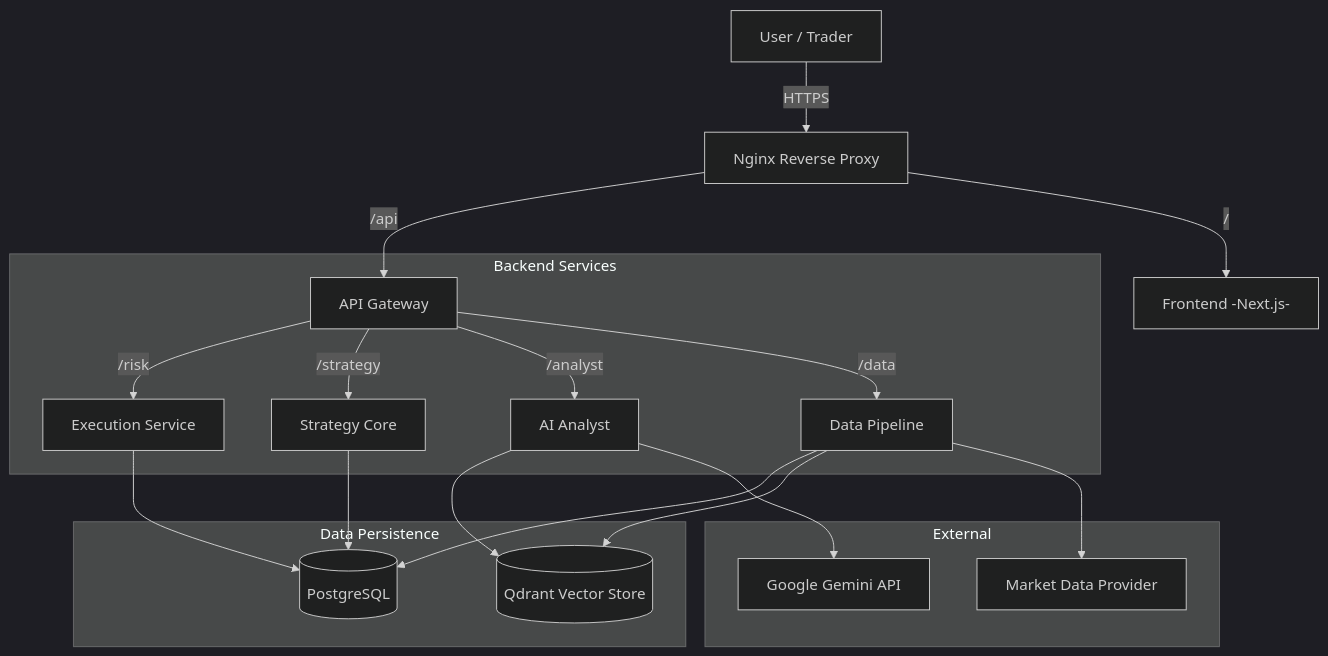
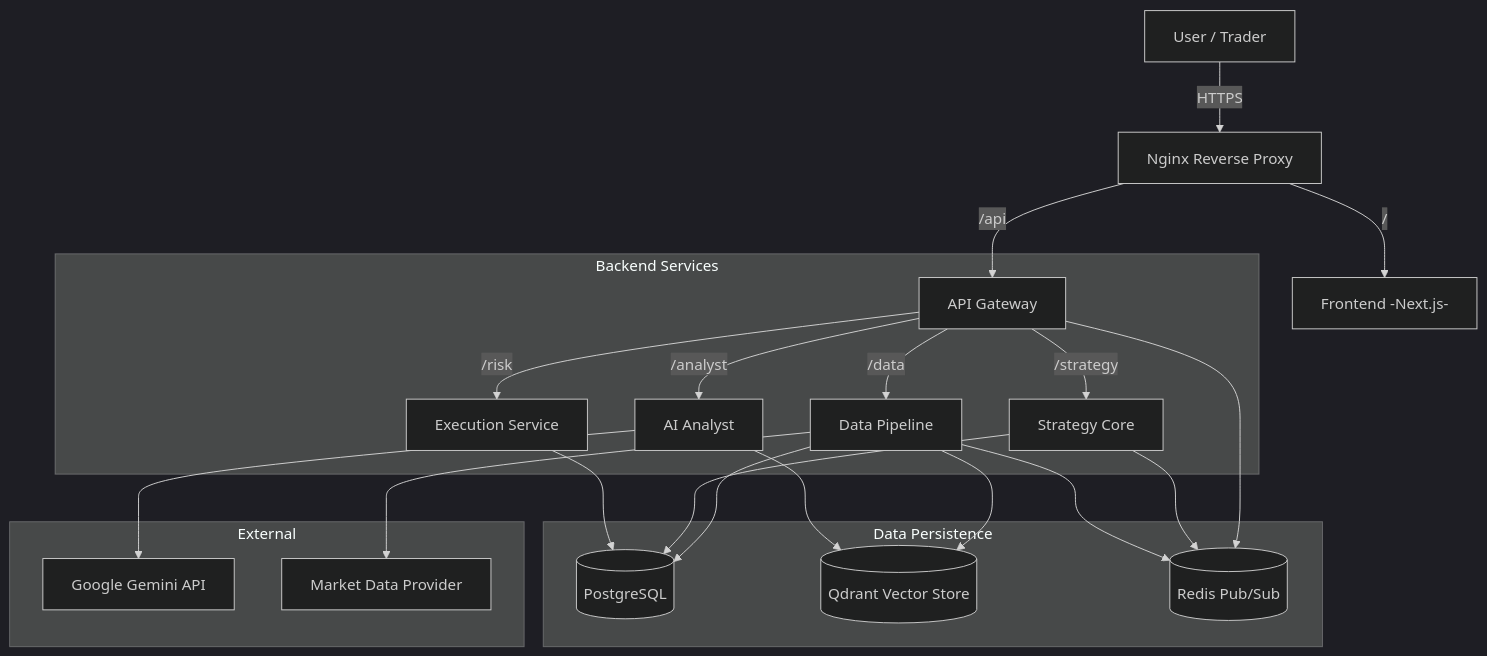
One commit to damrongsak/mtf-trading-system changed the diagram in specs/01_architecture.md. Above: the diagram before and after it, drawn with Mermaid (dark theme). The commit also changed other lines of this file and 30 other files, not shown here.

First line of the commit message:
feat: refactor streaming architecture, add dynamic market watch, and align specs

````diff
--- a/specs/01_architecture.md
+++ b/specs/01_architecture.md
@@ -9,26 +9,29 @@
 ```mermaid
 graph TD
     User[User / Trader] -->|HTTPS| Nginx[Nginx Reverse Proxy]
     Nginx -->|/api| Gateway[API Gateway]
     Nginx -->|/| Frontend[Frontend -Next.js-]
 
     subgraph "Backend Services"
         Gateway -->|/risk| Execution[Execution Service]
         Gateway -->|/strategy| Strategy[Strategy Core]
         Gateway -->|/analyst| AI[AI Analyst]
         Gateway -->|/data| Data[Data Pipeline]
     end
 
     subgraph "Data Persistence"
         Execution --> DB[(PostgreSQL)]
         Strategy --> DB
         Data --> DB
         AI --> Qdrant[(Qdrant Vector Store)]
         Data --> Qdrant
+        Data --> Redis[(Redis Pub/Sub)]
+        Strategy --> Redis
+        Gateway --> Redis
     end
 
     subgraph "External"
         AI --> Gemini[Google Gemini API]
         Data --> MarketData[Market Data Provider]
     end
 ```
````
